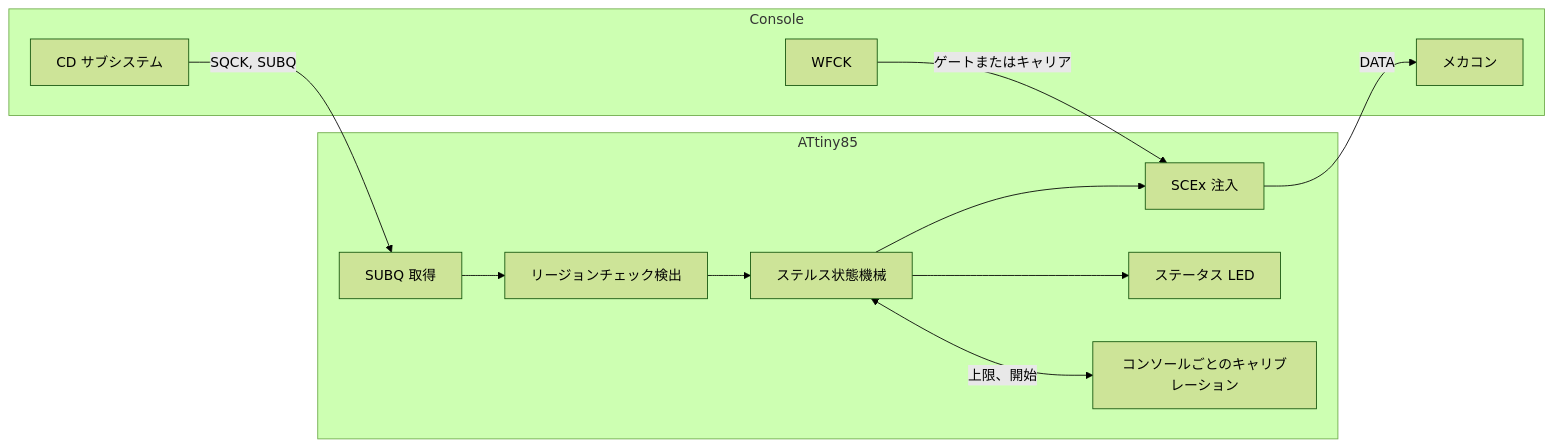
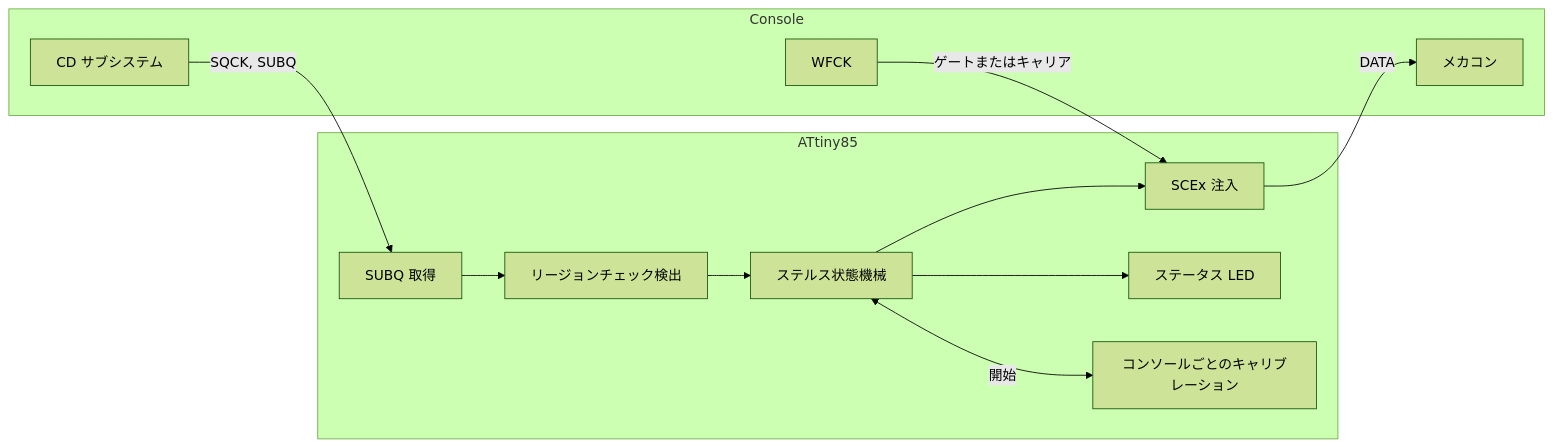
The diagram in README.ja.md (gufranco/openscex-modchip), drawn with Mermaid (forest theme) before and after one commit. The commit also changed other lines of this file and 26 other files, not shown here.

````diff
--- a/README.ja.md
+++ b/README.ja.md
@@ -205,22 +205,22 @@
 ```mermaid
 graph LR
     subgraph Console
         CD[CD サブシステム]
         WF[WFCK]
         MECH[メカコン]
     end
     subgraph ATtiny85
         CAP[SUBQ 取得]
         DET[リージョンチェック検出]
         ST[ステルス状態機械]
         INJ[SCEx 注入]
         LED[ステータス LED]
         CAL[コンソールごとのキャリブレーション]
     end
     CD -->|SQCK, SUBQ| CAP
     CAP --> DET --> ST --> INJ
     ST --> LED
-    ST <-->|上限、開始| CAL
+    ST <-->|開始| CAL
     WF -->|ゲートまたはキャリア| INJ
     INJ -->|DATA| MECH
 ```
````
